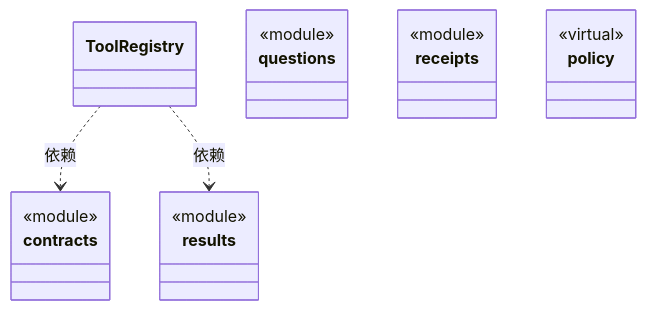
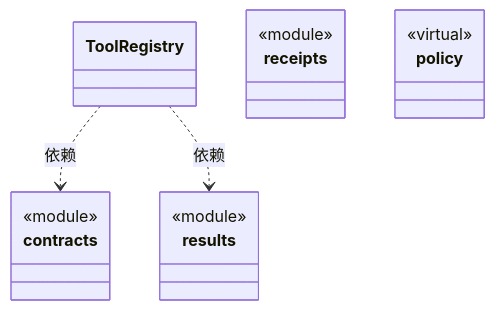
Before and after one commit to nan023062/cbim: the diagram in src/logic/tools/rules/ARCHITECTURE.md, drawn with Mermaid. The commit also changed other lines of this file and 374 other files, not shown here.

````diff
--- a/src/logic/tools/rules/ARCHITECTURE.md
+++ b/src/logic/tools/rules/ARCHITECTURE.md
@@ -31,27 +30,23 @@
 ```mermaid
 classDiagram
 class N_f508095a3910["ToolRegistry"]
 click N_f508095a3910 href "registry.ts"
 class N_64aa05124f62["contracts"] {
   <<module>>
 }
 click N_64aa05124f62 href "contracts.ts"
 class N_20be9fc34f67["results"] {
   <<module>>
 }
 click N_20be9fc34f67 href "results.ts"
-class N_4b6b8d56b197["questions"] {
-  <<module>>
-}
-click N_4b6b8d56b197 href "questions.ts"
 class N_5089adb40911["receipts"] {
   <<module>>
 }
 click N_5089adb40911 href "receipts.ts"
 class N_85b69da2ad38["policy"] {
   <<virtual>>
 }
 click N_85b69da2ad38 href "policy/ARCHITECTURE.md"
 N_f508095a3910 ..> N_64aa05124f62 : 依赖
 N_f508095a3910 ..> N_20be9fc34f67 : 依赖
 ```
````
